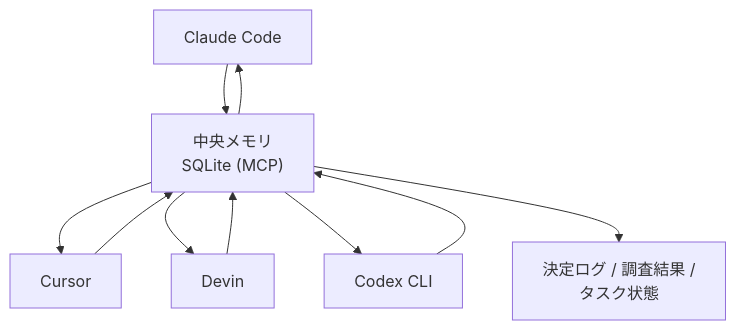
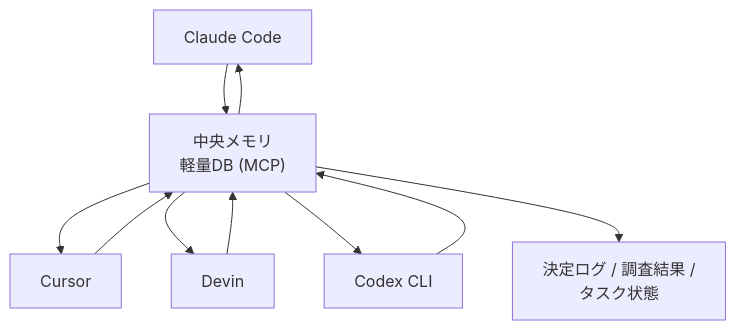
Diagram 23 of 23 in AI駆動開発.md (takuma39/ai), drawn with Mermaid before and after one commit. The commit also changed other lines of this file, not shown here.

````diff
--- a/AI駆動開発.md
+++ b/AI駆動開発.md
@@ -2369,12 +2359,12 @@
 ```mermaid
 flowchart TB
-    CC["Claude Code"] --> Mem["中央メモリ<br/>SQLite (MCP)"]
+    CC["Claude Code"] --> Mem["中央メモリ<br/>軽量DB (MCP)"]
     Mem --> CC
     Cur["Cursor"] --> Mem
     Mem --> Cur
     Dev["Devin"] --> Mem
     Mem --> Dev
     Cod["Codex CLI"] --> Mem
     Mem --> Cod
     Mem --> Log["決定ログ / 調査結果 /<br/>タスク状態"]
 ```
````
